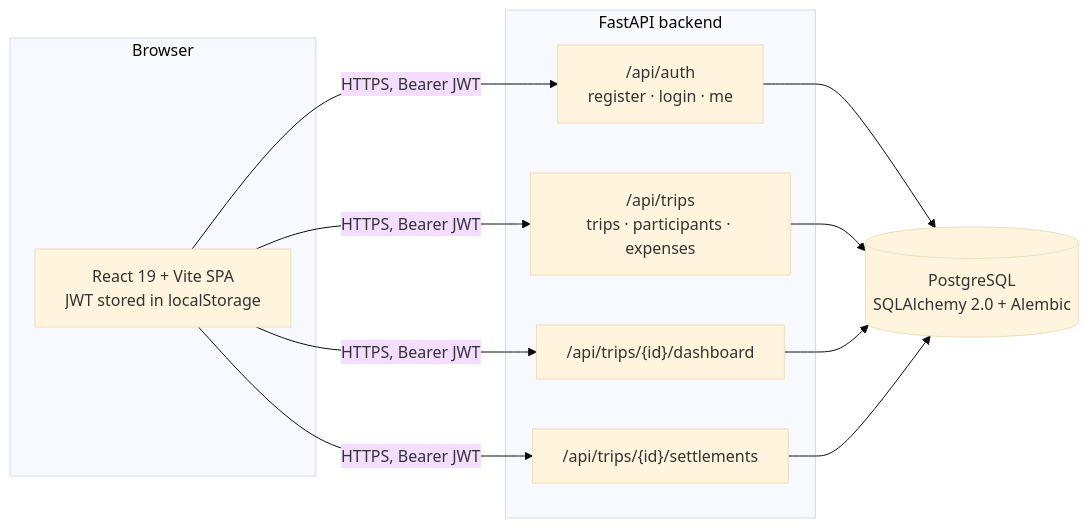
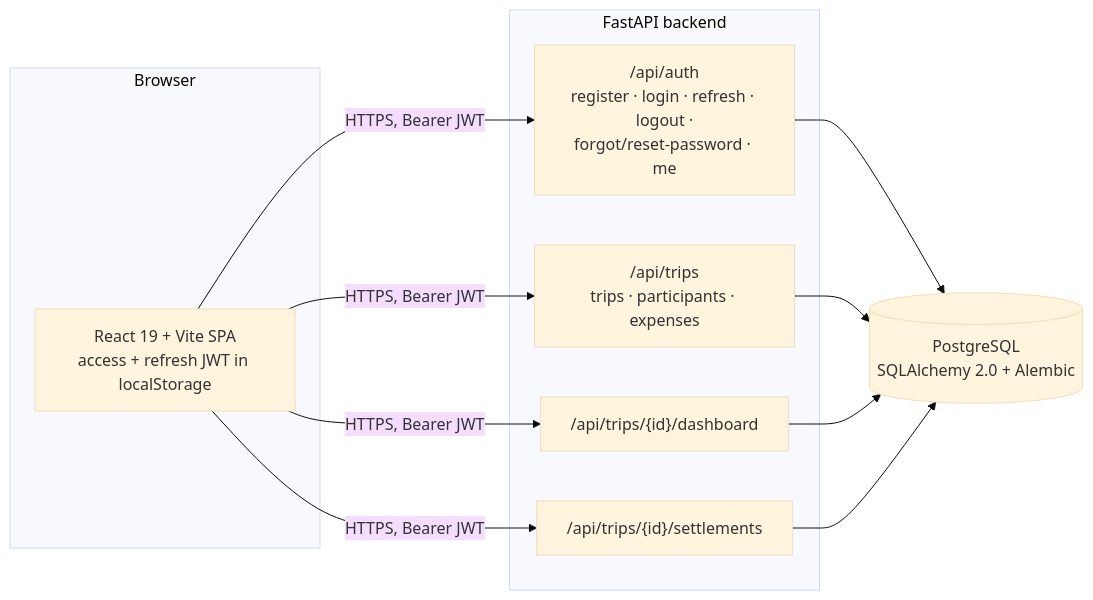
One commit to GGGUJINGGG/tripsplit-ledger changed the first of 2 diagrams in README.md. Above: the diagram before and after it, drawn with Mermaid (base theme). The commit also changed other lines of this file and 18 other files, not shown here.

First line of the commit message:
Add forgot/reset password flow

````diff
--- a/README.md
+++ b/README.md
@@ -62,24 +64,24 @@
 ```mermaid
 flowchart LR
     subgraph Client["Browser"]
-        FE["React 19 + Vite SPA<br/>JWT stored in localStorage"]
+        FE["React 19 + Vite SPA<br/>access + refresh JWT in localStorage"]
     end
 
     subgraph Server["FastAPI backend"]
-        Auth["/api/auth<br/>register · login · me"]
+        Auth["/api/auth<br/>register · login · refresh · logout ·<br/>forgot/reset-password · me"]
         Trips["/api/trips<br/>trips · participants · expenses"]
         Dash["/api/trips/{id}/dashboard"]
         Settle["/api/trips/{id}/settlements"]
     end
 
     DB[("PostgreSQL<br/>SQLAlchemy 2.0 + Alembic")]
 
     FE -- "HTTPS, Bearer JWT" --> Auth
     FE -- "HTTPS, Bearer JWT" --> Trips
     FE -- "HTTPS, Bearer JWT" --> Dash
     FE -- "HTTPS, Bearer JWT" --> Settle
     Auth --> DB
     Trips --> DB
     Dash --> DB
     Settle --> DB
 ```
````
